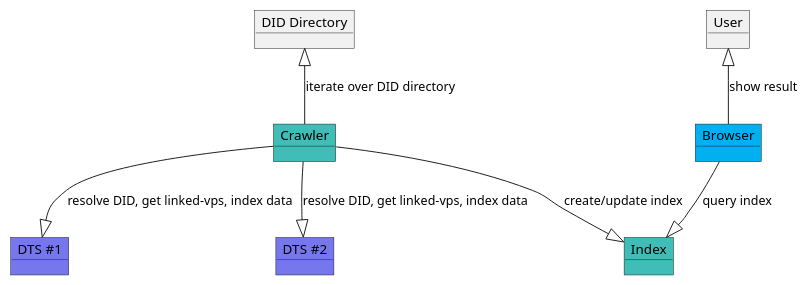
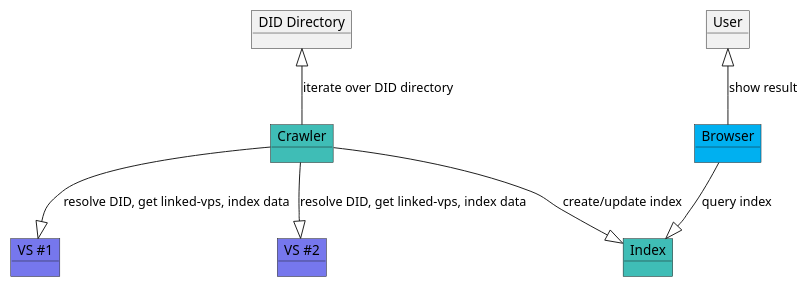
One commit to verana-labs/verifiable-trust-vpr-spec changed the third of 12 diagrams in spec.md. Above: the diagram before and after it, drawn with PlantUML. The commit also changed other lines of this file and 1 other file, not shown here.

````diff
--- a/spec.md
+++ b/spec.md
@@ -374,20 +374,20 @@
 ```plantuml
 
 @startuml
 scale max 800 width
 object "DID Directory" as didd
 object "Crawler" as crawler #3fbdb6
 object "Index" as index #3fbdb6
-object "DTS #1" as dts1 #7677ed
-object "DTS #2" as dts2 #7677ed
+object "VS #1" as dts1 #7677ed
+object "VS #2" as dts2 #7677ed
 object "Browser" as browser #00b0f0
 object "User" as user
 didd <|-- crawler : iterate over DID directory
 crawler --|> dts1 : resolve DID, get linked-vps, index data
 crawler --|> dts2 : resolve DID, get linked-vps, index data
 browser --|> index: query index
 crawler --|> index: create/update index 
 user <|-- browser : show result
 @enduml
 
 ```
````
